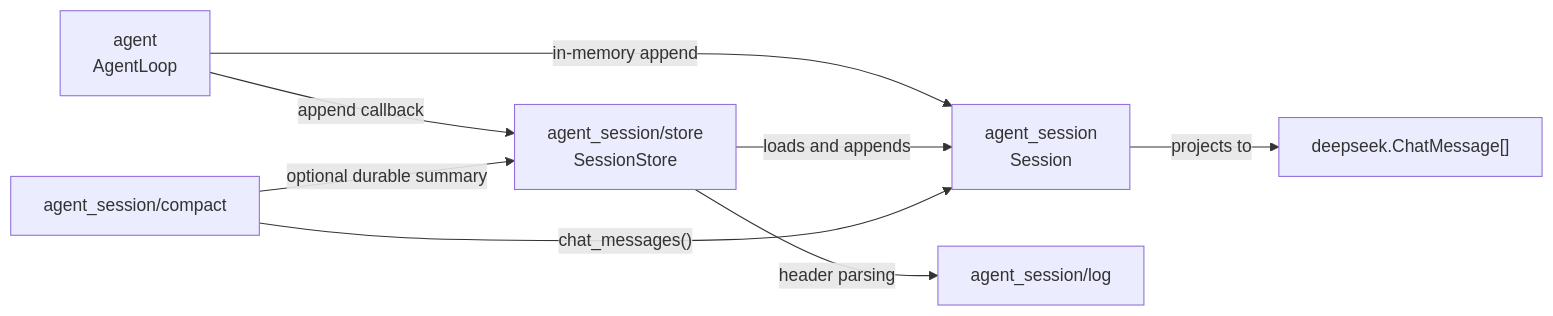
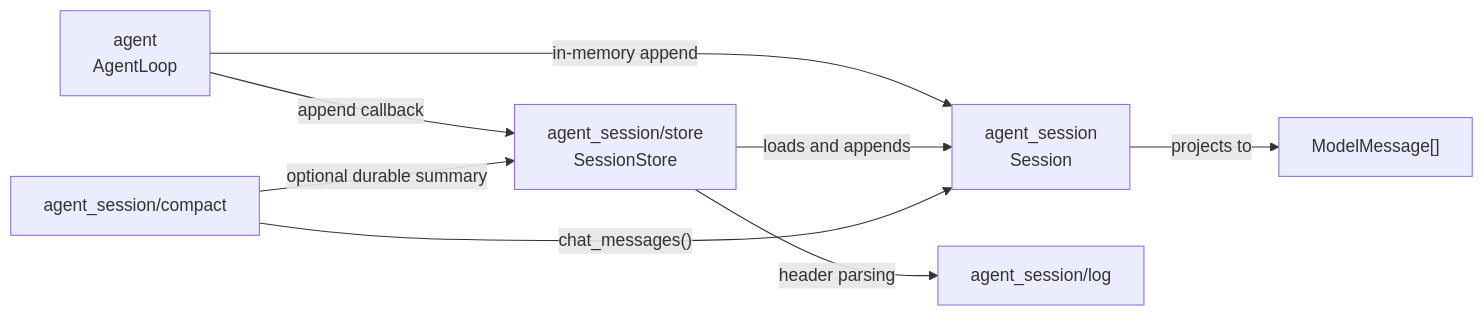
Before and after one commit to moonbitlang/openseek: the first of 5 diagrams in agent_session/README.mbt.md, drawn with Mermaid. The commit also changed other lines of this file and 14 other files, not shown here.

First line of the commit message:
refactor(agent_session): project sessions to ModelMessage

````diff
--- a/agent_session/README.mbt.md
+++ b/agent_session/README.mbt.md
@@ -75,12 +76,12 @@
 ```mermaid
 flowchart LR
   agent["agent\nAgentLoop"] -->|"append callback"| store["agent_session/store\nSessionStore"]
   agent -->|"in-memory append"| session["agent_session\nSession"]
 
   store -->|"loads and appends"| session
   store -->|"header parsing"| log["agent_session/log"]
   compact["agent_session/compact"] -->|"chat_messages()"| session
   compact -->|"optional durable summary"| store
 
-  session -->|"projects to"| deepseek["deepseek.ChatMessage[]"]
+  session -->|"projects to"| model["ModelMessage[]"]
 ```
````
